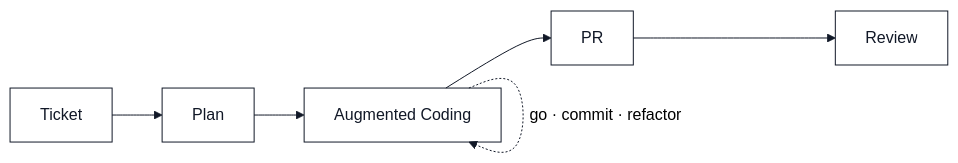
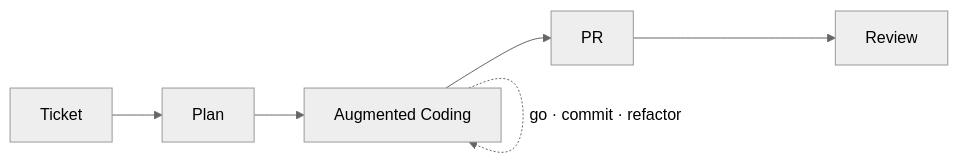
The diagram in _wiki/augmented-coding.md (currenjin/currenjin.github.io), drawn with Mermaid (neutral theme) before and after one commit. The commit also changed other lines of this file and 1 other file, not shown here.

Commit message:
Feat: Set global Mermaid default style and simplify local diagram markup

````diff
--- a/_wiki/augmented-coding.md
+++ b/_wiki/augmented-coding.md
@@ -59,9 +59,5 @@
 ```mermaid
 flowchart LR
   T[Ticket] --> P[Plan] --> A[Augmented Coding] --> PR[PR] --> R[Review]
   A -. go · commit · refactor .-> A
-
-  classDef core fill:transparent,stroke:#111827,stroke-width:1px,color:#111827;
-  class T,P,A,PR,R core;
-  linkStyle default stroke:#111827,stroke-width:1px;
 ```
````
